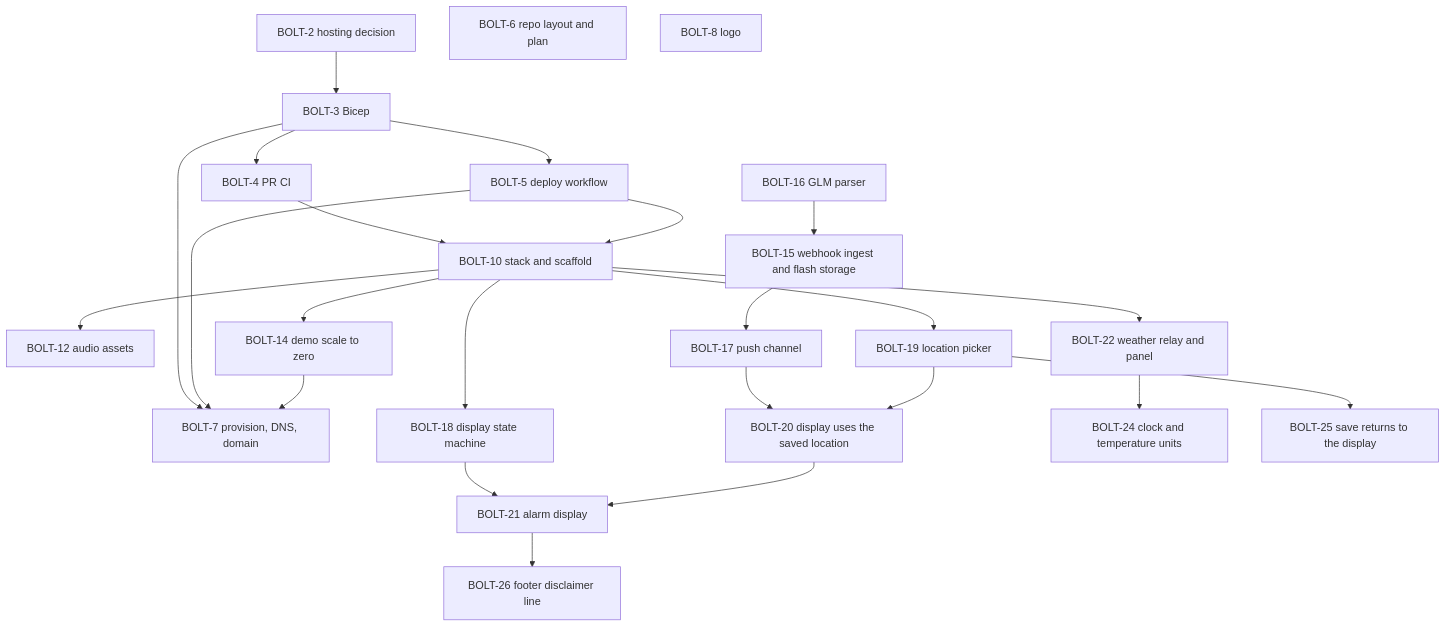
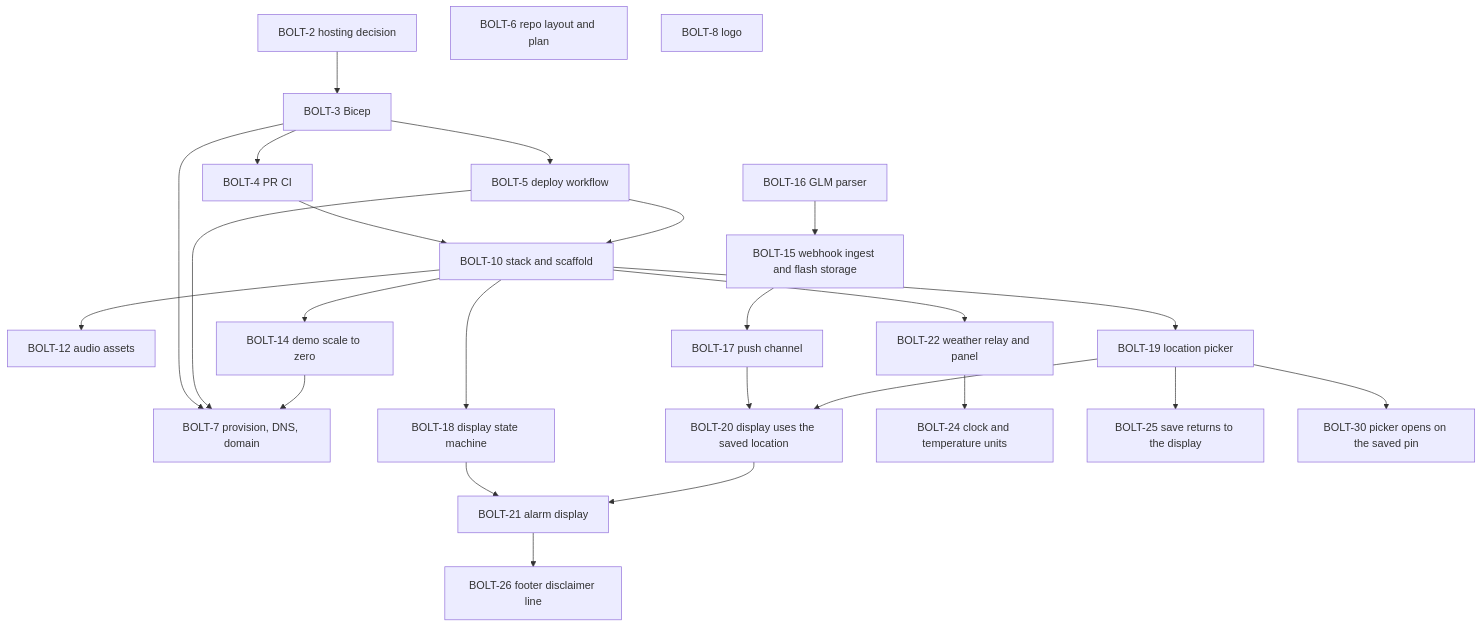
Before and after one commit to henrique-meyer/boltclock: the diagram in docs/plan.md, drawn with Mermaid. The commit also changed other lines of this file and 3 other files, not shown here.

First line of the commit message:
BOLT-30 Location picker opens on the saved pin

````diff
--- a/docs/plan.md
+++ b/docs/plan.md
@@ -15,47 +15,49 @@
 ```mermaid
 flowchart TD
   s2[BOLT-2 hosting decision]
   s3[BOLT-3 Bicep]
   s4[BOLT-4 PR CI]
   s5[BOLT-5 deploy workflow]
   s6[BOLT-6 repo layout and plan]
   s7[BOLT-7 provision, DNS, domain]
   s8[BOLT-8 logo]
   s10[BOLT-10 stack and scaffold]
   s12[BOLT-12 audio assets]
   s14[BOLT-14 demo scale to zero]
   s15[BOLT-15 webhook ingest and flash storage]
   s16[BOLT-16 GLM parser]
   s17[BOLT-17 push channel]
   s18[BOLT-18 display state machine]
   s19[BOLT-19 location picker]
   s20[BOLT-20 display uses the saved location]
   s21[BOLT-21 alarm display]
   s22[BOLT-22 weather relay and panel]
   s24[BOLT-24 clock and temperature units]
   s25[BOLT-25 save returns to the display]
   s26[BOLT-26 footer disclaimer line]
+  s30[BOLT-30 picker opens on the saved pin]
   s2 --> s3
   s4 --> s10
   s5 --> s10
   s3 --> s4
   s3 --> s5
   s3 --> s7
   s5 --> s7
   s10 --> s12
   s10 --> s14
   s14 --> s7
   s16 --> s15
   s15 --> s17
   s10 --> s18
   s10 --> s19
   s17 --> s20
   s19 --> s20
 
   s18 --> s21
   s20 --> s21
   s10 --> s22
   s22 --> s24
   s19 --> s25
   s21 --> s26
+  s19 --> s30
 ```
````
